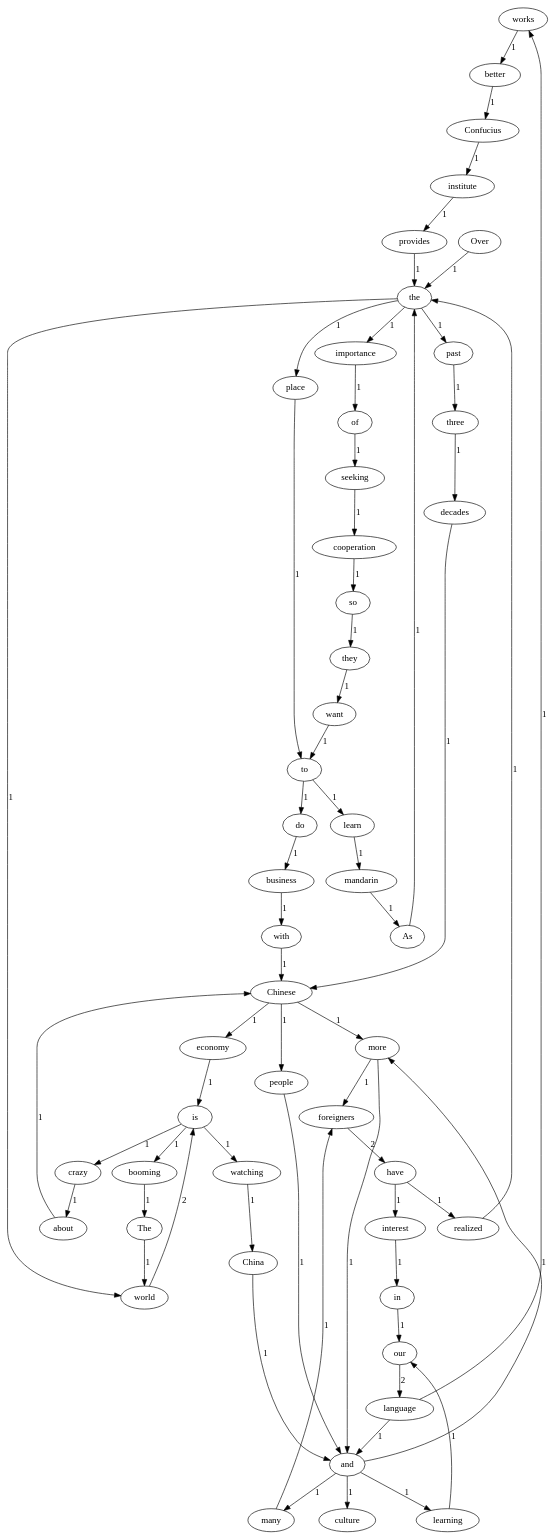
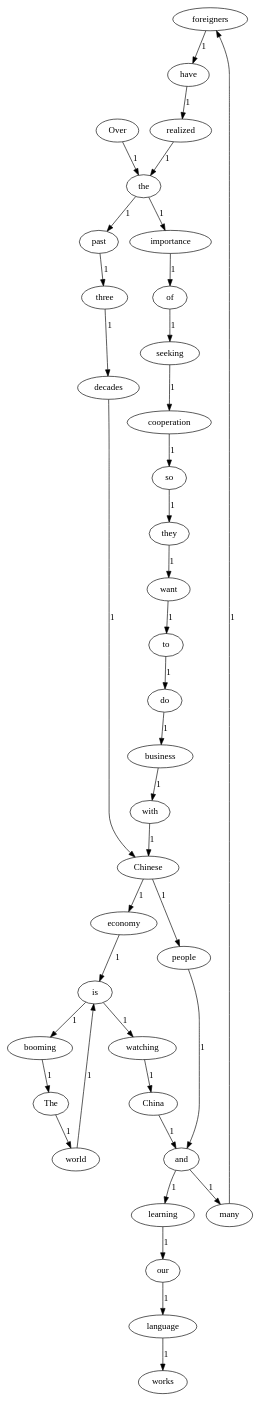
The diagram in dotsource.dot (RicardoLjc/Lab1-2021110748), drawn with Graphviz before and after one commit. The commit also changed 10 other files, not shown here.

```diff
--- a/dotsource.dot
+++ b/dotsource.dot
@@ -1,2 +1,2 @@
 digraph G {
-works->better[label="1"];foreigners->have[label="2"];importance->of[label="1"];about->Chinese[label="1"];learning->our[label="1"];language->works[label="1"];language->and[label="1"];do->business[label="1"];booming->The[label="1"];three->decades[label="1"];watching->China[label="1"];our->language[label="2"];The->world[label="1"];Over->the[label="1"];As->the[label="1"];world->is[label="2"];Confucius->institute[label="1"];interest->in[label="1"];China->and[label="1"];and->more[label="1"];and->culture[label="1"];and->learning[label="1"];and->many[label="1"];provides->the[label="1"];of->seeking[label="1"];have->interest[label="1"];have->realized[label="1"];place->to[label="1"];so->they[label="1"];they->want[label="1"];cooperation->so[label="1"];mandarin->As[label="1"];business->with[label="1"];learn->mandarin[label="1"];in->our[label="1"];past->three[label="1"];more->foreigners[label="1"];more->and[label="1"];want->to[label="1"];is->crazy[label="1"];is->booming[label="1"];is->watching[label="1"];realized->the[label="1"];economy->is[label="1"];many->foreigners[label="1"];seeking->cooperation[label="1"];people->and[label="1"];the->world[label="1"];the->past[label="1"];the->importance[label="1"];the->place[label="1"];better->Confucius[label="1"];with->Chinese[label="1"];Chinese->more[label="1"];Chinese->economy[label="1"];Chinese->people[label="1"];crazy->about[label="1"];decades->Chinese[label="1"];institute->provides[label="1"];to->learn[label="1"];to->do[label="1"];}
+foreigners->have[label="1"];importance->of[label="1"];learning->our[label="1"];language->works[label="1"];do->business[label="1"];booming->The[label="1"];three->decades[label="1"];watching->China[label="1"];our->language[label="1"];The->world[label="1"];Over->the[label="1"];world->is[label="1"];China->and[label="1"];and->learning[label="1"];and->many[label="1"];of->seeking[label="1"];have->realized[label="1"];so->they[label="1"];they->want[label="1"];cooperation->so[label="1"];business->with[label="1"];past->three[label="1"];want->to[label="1"];is->booming[label="1"];is->watching[label="1"];realized->the[label="1"];economy->is[label="1"];many->foreigners[label="1"];seeking->cooperation[label="1"];people->and[label="1"];the->past[label="1"];the->importance[label="1"];with->Chinese[label="1"];Chinese->economy[label="1"];Chinese->people[label="1"];decades->Chinese[label="1"];to->do[label="1"];}
```
